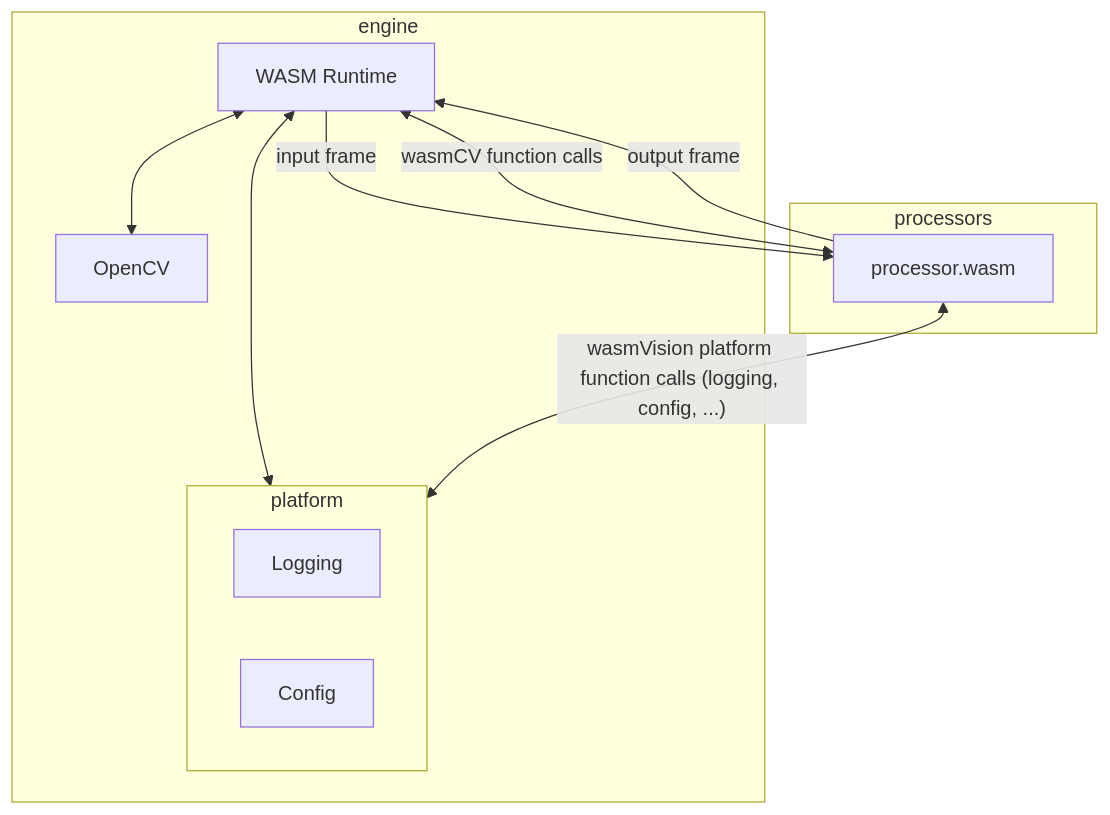
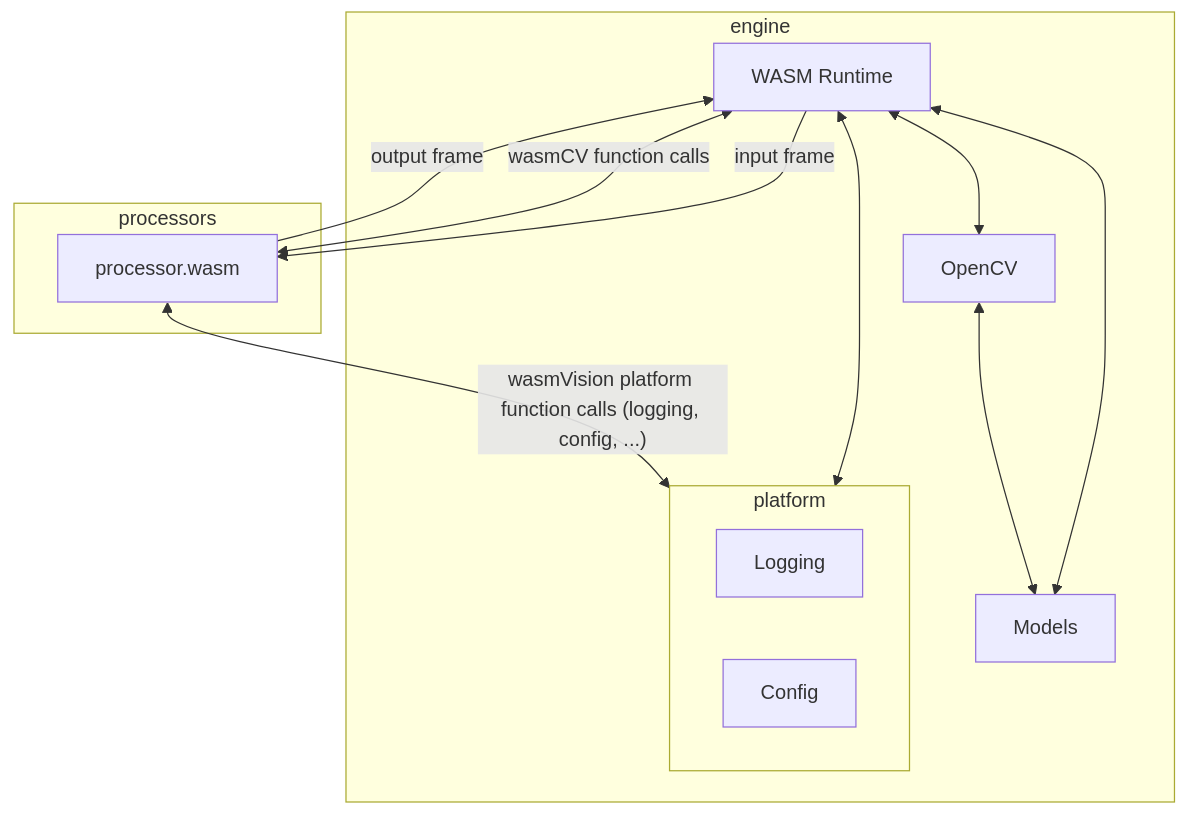
Before and after one commit to wasmvision/wasmvision-site: the diagram in content/docs/concepts/processors.md, drawn with Mermaid. The commit also changed other lines of this file and 2 other files, not shown here.

Commit message:
content: add pages for models

````diff
--- a/content/docs/concepts/processors.md
+++ b/content/docs/concepts/processors.md
@@ -23,18 +23,20 @@
 ```mermaid
 flowchart TD
     subgraph engine
         Runtime[WASM Runtime]
         Runtime<-->OpenCV
         subgraph platform
             Logging
             Config
         end
         Runtime<-->platform
+        Runtime<-->Models
+        OpenCV<-->Models
     end
     subgraph processors
         Runtime-- input frame -->processor.wasm
         processor.wasm<--wasmCV function calls-->Runtime
         processor.wasm-- output frame -->Runtime
         processor.wasm<--wasmVision platform function calls (logging, config, ...)-->platform
     end
 ```
````
